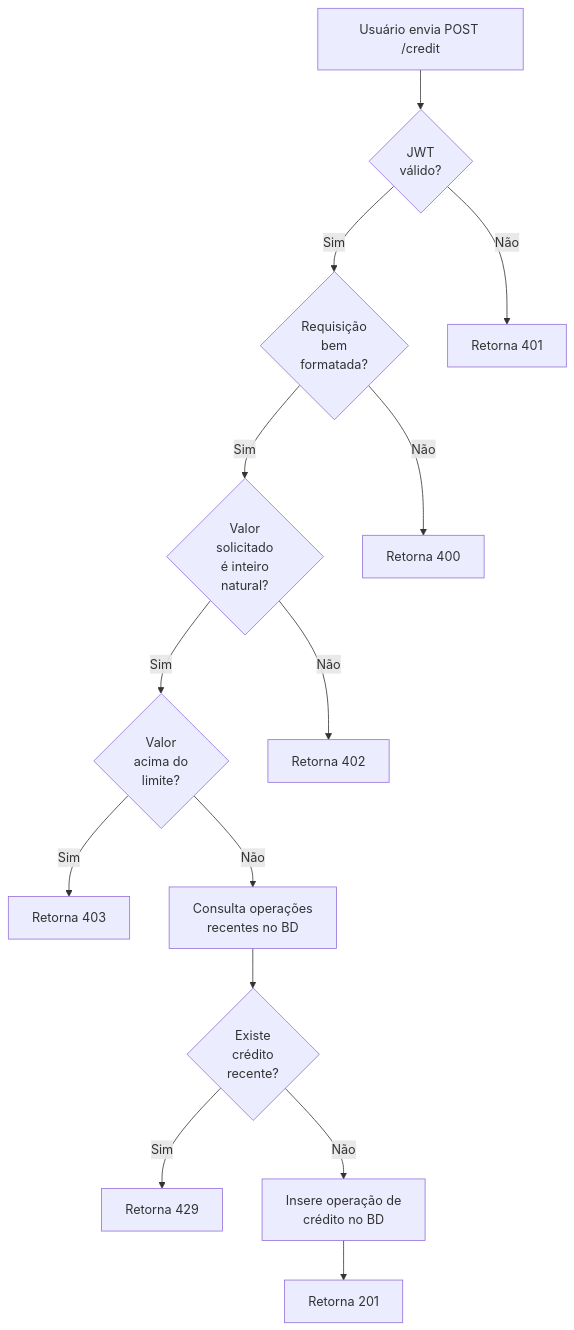
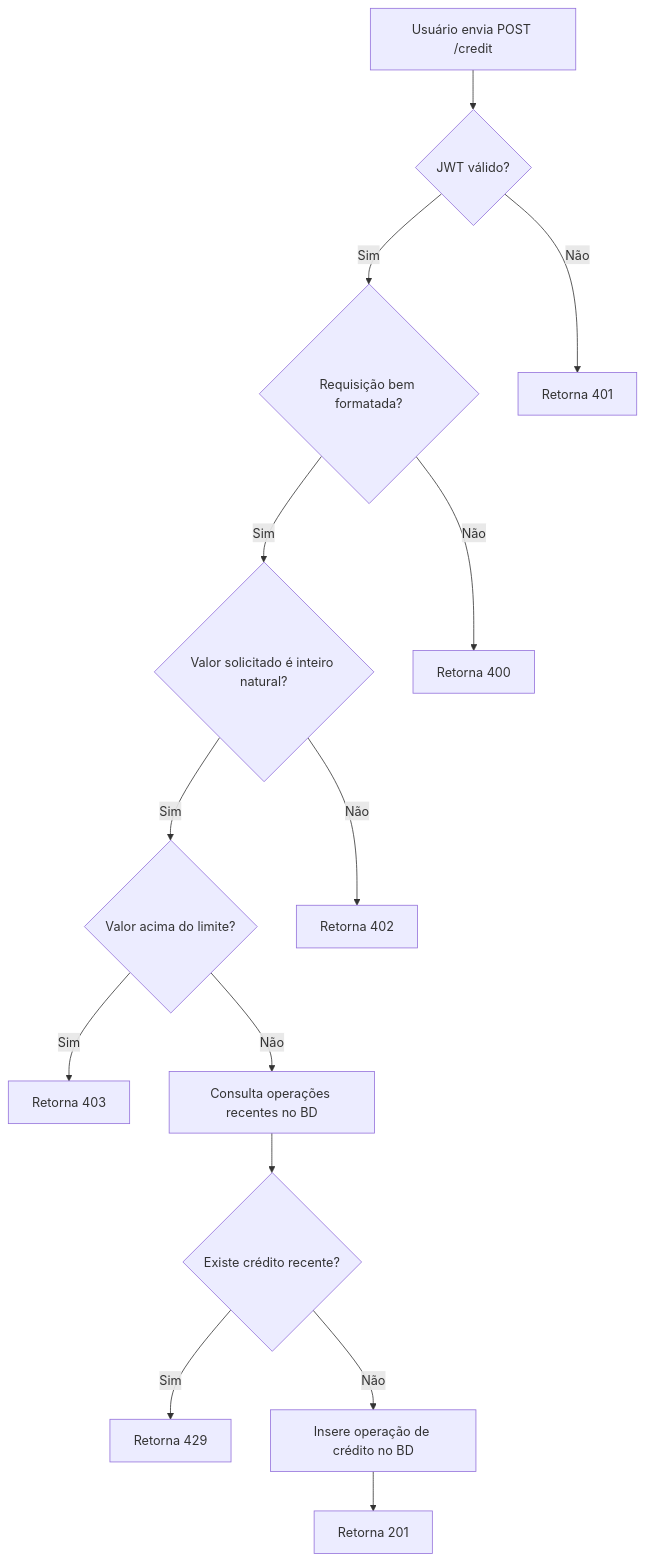
Before and after one commit to feira-de-jogos/feira-de-jogos: the third of 10 diagrams in v2/README.md, drawn with Mermaid. The commit also changed other lines of this file, not shown here.

````diff
--- a/v2/README.md
+++ b/v2/README.md
@@ -79,31 +79,31 @@
 ```mermaid
 flowchart TD
   A[Usuário envia POST /credit]
   B
   C
   D[Retorna 401]
   E
   F[Retorna 400]
   G
   H[Retorna 402]
   I[Retorna 403]
-  J[Consulta operações\nrecentes no BD]
+  J[Consulta operações recentes no BD]
   K
   L[Retorna 429]
-  M[Insere operação de\ncrédito no BD]
+  M[Insere operação de crédito no BD]
   N[Retorna 201]
 
-  A --> B{JWT\nválido?}
-  B -->|Sim| C{Requisição\nbem\nformatada?}
+  A --> B{JWT válido?}
+  B -->|Sim| C{Requisição bem formatada?}
   B -->|Não| D
-  C --> |Sim| E{Valor\nsolicitado\né inteiro\nnatural?}
+  C --> |Sim| E{Valor solicitado é inteiro natural?}
   C --> |Não| F
-  E --> |Sim| G{Valor\nacima do\nlimite?}
+  E --> |Sim| G{Valor acima do limite?}
   E --> |Não| H
   G --> |Sim| I
   G --> |Não| J
-  J --> K{Existe\ncrédito\nrecente?}
+  J --> K{Existe crédito recente?}
   K --> |Sim| L
   K --> |Não| M
   M --> N
 ```
````
